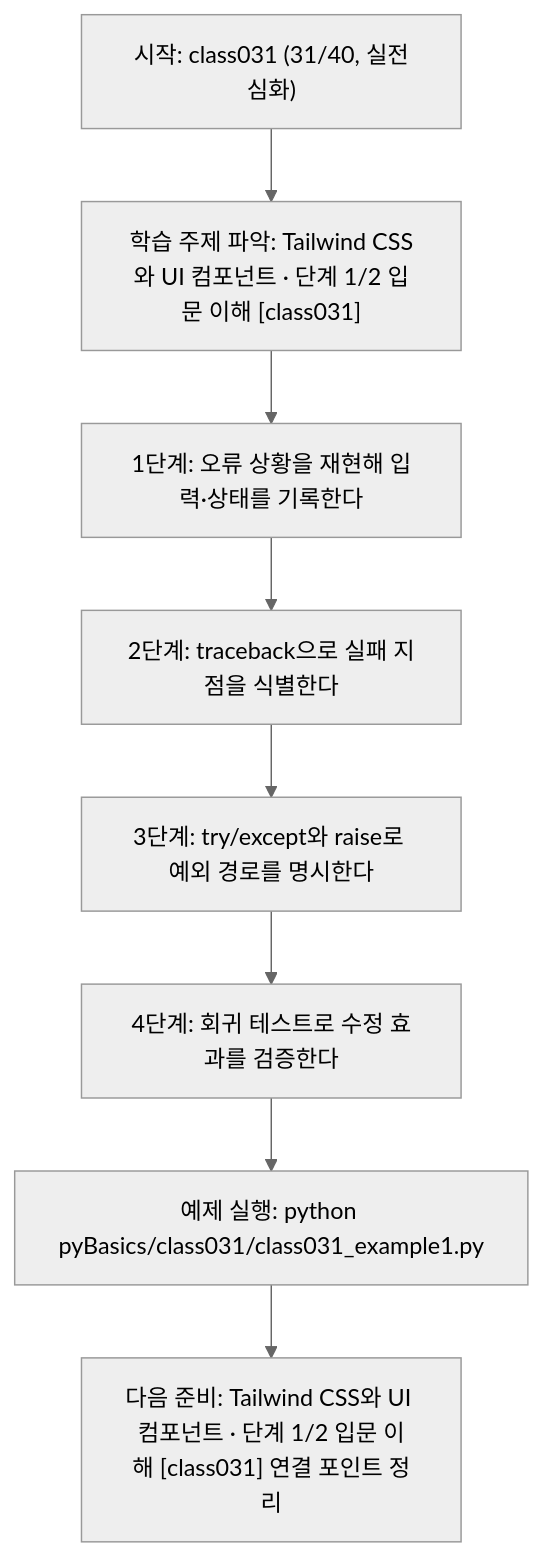
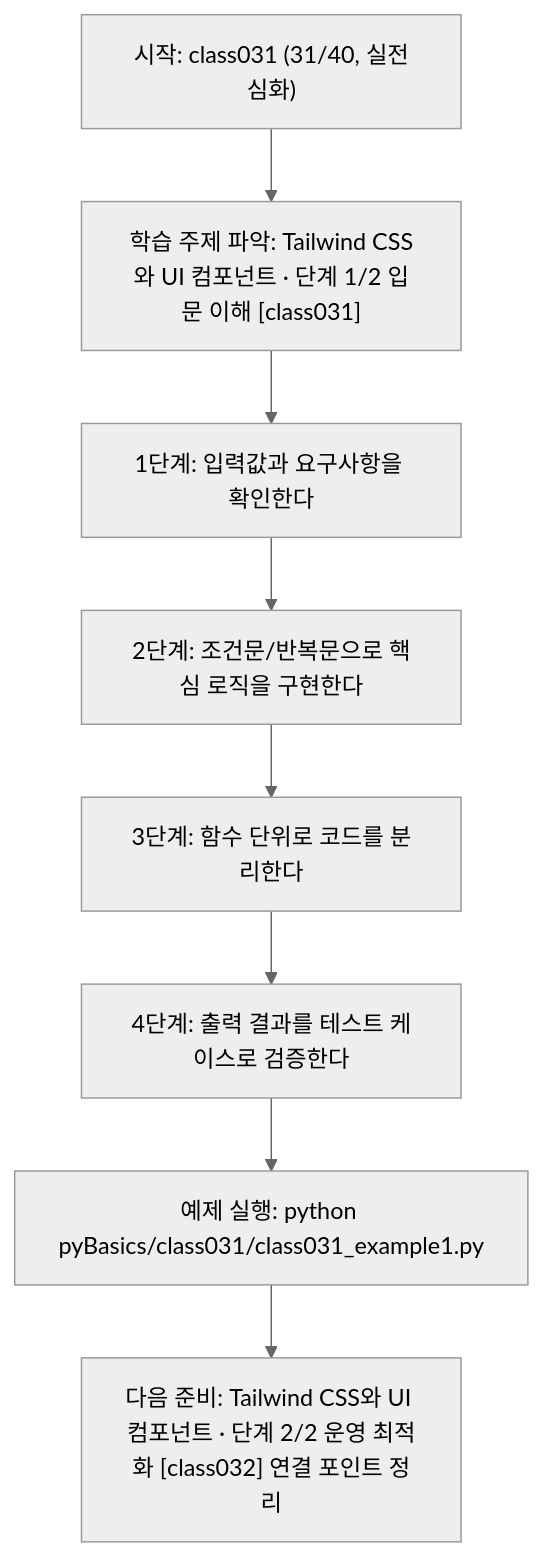
The diagram in pyBasics/class031/class031.md (edumgt/Python-AI_Agent-Class), drawn with Mermaid (neutral theme) before and after one commit. The commit also changed other lines of this file and 2370 other files, not shown here.

````diff
--- a/pyBasics/class031/class031.md
+++ b/pyBasics/class031/class031.md
@@ -108,18 +91,18 @@
 ```mermaid
 flowchart TD
 N1["시작: class031 (31/40, 실전심화)"]
 N2["학습 주제 파악: Tailwind CSS와 UI 컴포넌트 · 단계 1/2 입문 이해 [class031]"]
-N3["1단계: 오류 상황을 재현해 입력·상태를 기록한다"]
-N4["2단계: traceback으로 실패 지점을 식별한다"]
-N5["3단계: try/except와 raise로 예외 경로를 명시한다"]
-N6["4단계: 회귀 테스트로 수정 효과를 검증한다"]
+N3["1단계: 입력값과 요구사항을 확인한다"]
+N4["2단계: 조건문/반복문으로 핵심 로직을 구현한다"]
+N5["3단계: 함수 단위로 코드를 분리한다"]
+N6["4단계: 출력 결과를 테스트 케이스로 검증한다"]
 N7["예제 실행: python pyBasics/class031/class031_example1.py"]
-N8["다음 준비: Tailwind CSS와 UI 컴포넌트 · 단계 1/2 입문 이해 [class031] 연결 포인트 정리"]
+N8["다음 준비: Tailwind CSS와 UI 컴포넌트 · 단계 2/2 운영 최적화 [class032] 연결 포인트 정리"]
 N1 --> N2
 N2 --> N3
 N3 --> N4
 N4 --> N5
 N5 --> N6
 N6 --> N7
 N7 --> N8
 ```
````
